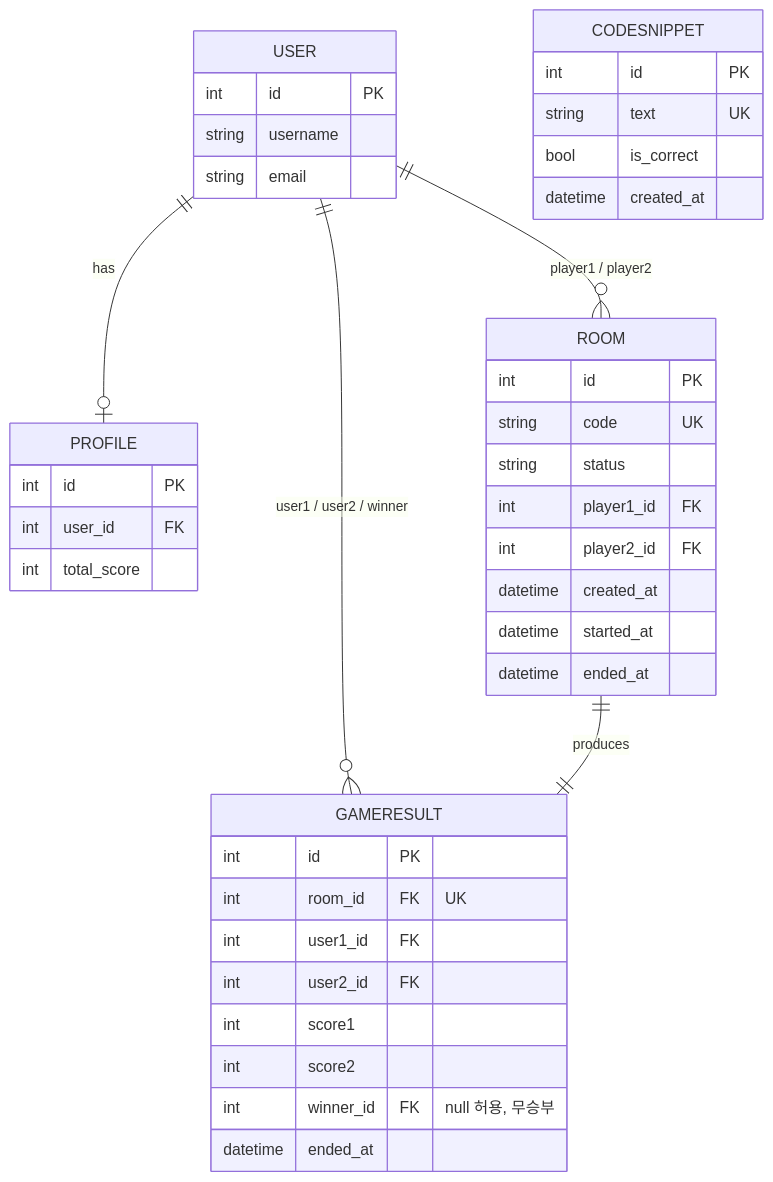
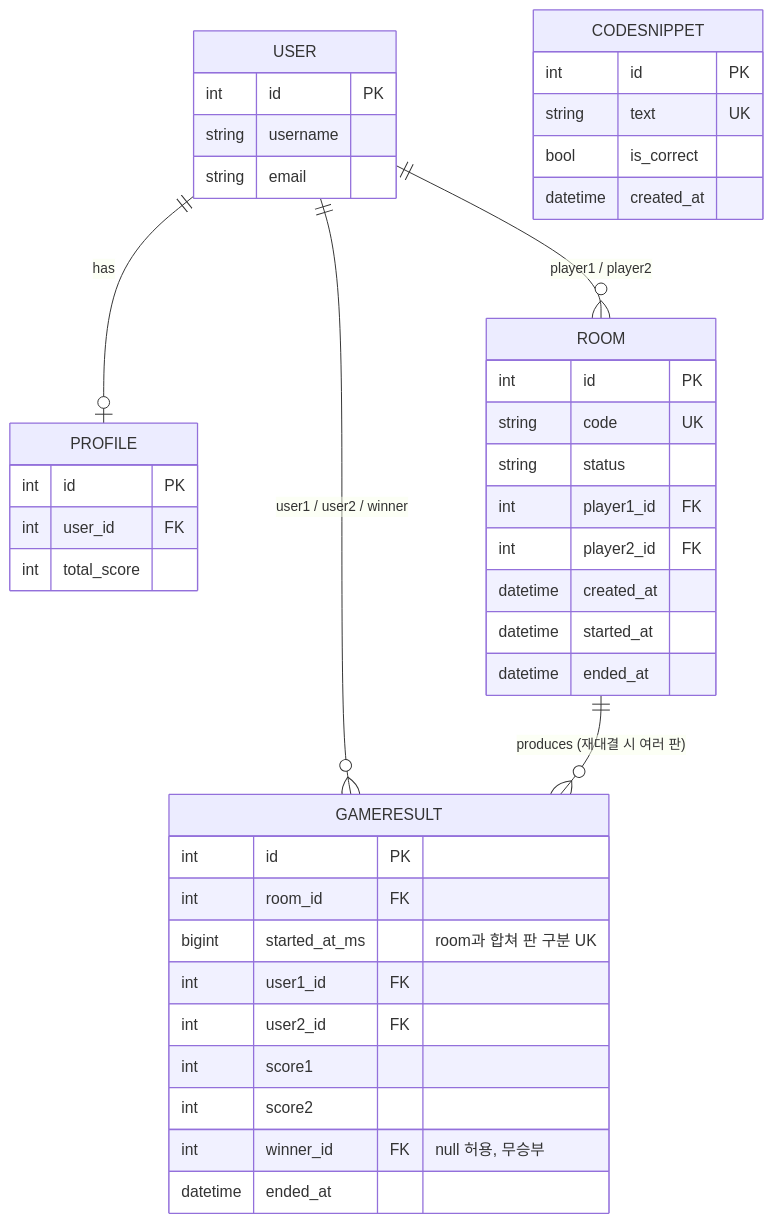
The diagram in README.md (madcamp-official/26s-w1-c2-06), drawn with Mermaid before and after one commit. The commit also changed other lines of this file and 13 other files, not shown here.

````diff
--- a/README.md
+++ b/README.md
@@ -78,44 +78,45 @@
 ```mermaid
 erDiagram
     USER ||--o| PROFILE : has
     USER ||--o{ ROOM : "player1 / player2"
     USER ||--o{ GAMERESULT : "user1 / user2 / winner"
-    ROOM ||--|| GAMERESULT : produces
+    ROOM ||--o{ GAMERESULT : "produces (재대결 시 여러 판)"
 
     USER {
         int id PK
         string username
         string email
     }
     PROFILE {
         int id PK
         int user_id FK
         int total_score
     }
     ROOM {
         int id PK
         string code UK
         string status
         int player1_id FK
         int player2_id FK
         datetime created_at
         datetime started_at
         datetime ended_at
     }
     GAMERESULT {
         int id PK
-        int room_id FK "UK"
+        int room_id FK
+        bigint started_at_ms "room과 합쳐 판 구분 UK"
         int user1_id FK
         int user2_id FK
         int score1
         int score2
         int winner_id FK "null 허용, 무승부"
         datetime ended_at
     }
     CODESNIPPET {
         int id PK
         string text UK
         bool is_correct
         datetime created_at
     }
 ```
````
